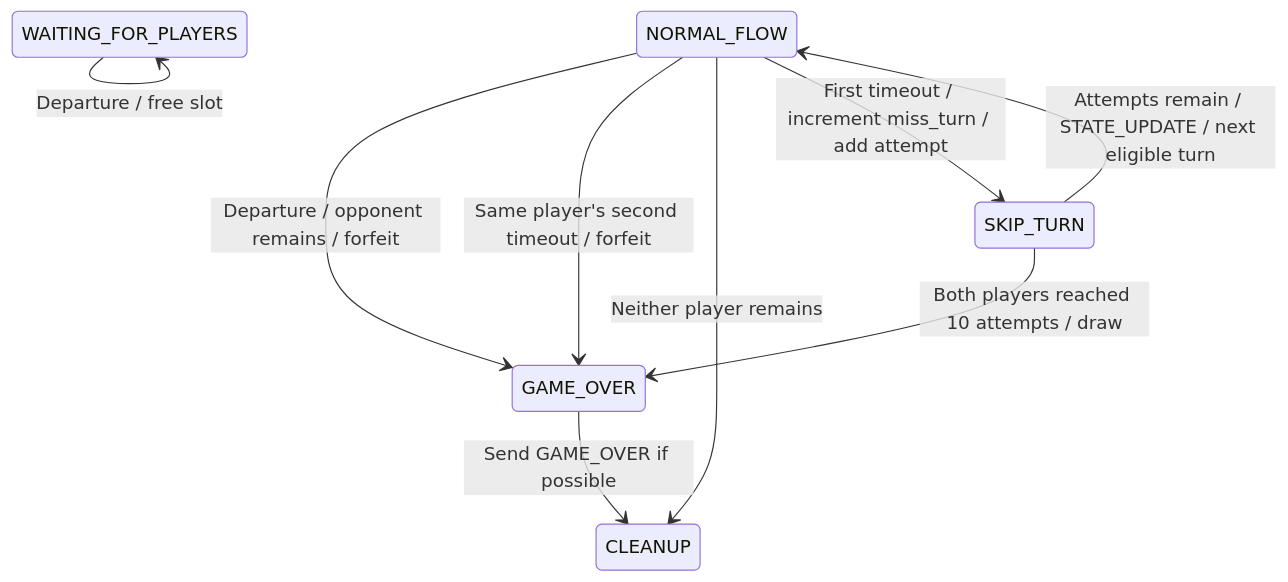
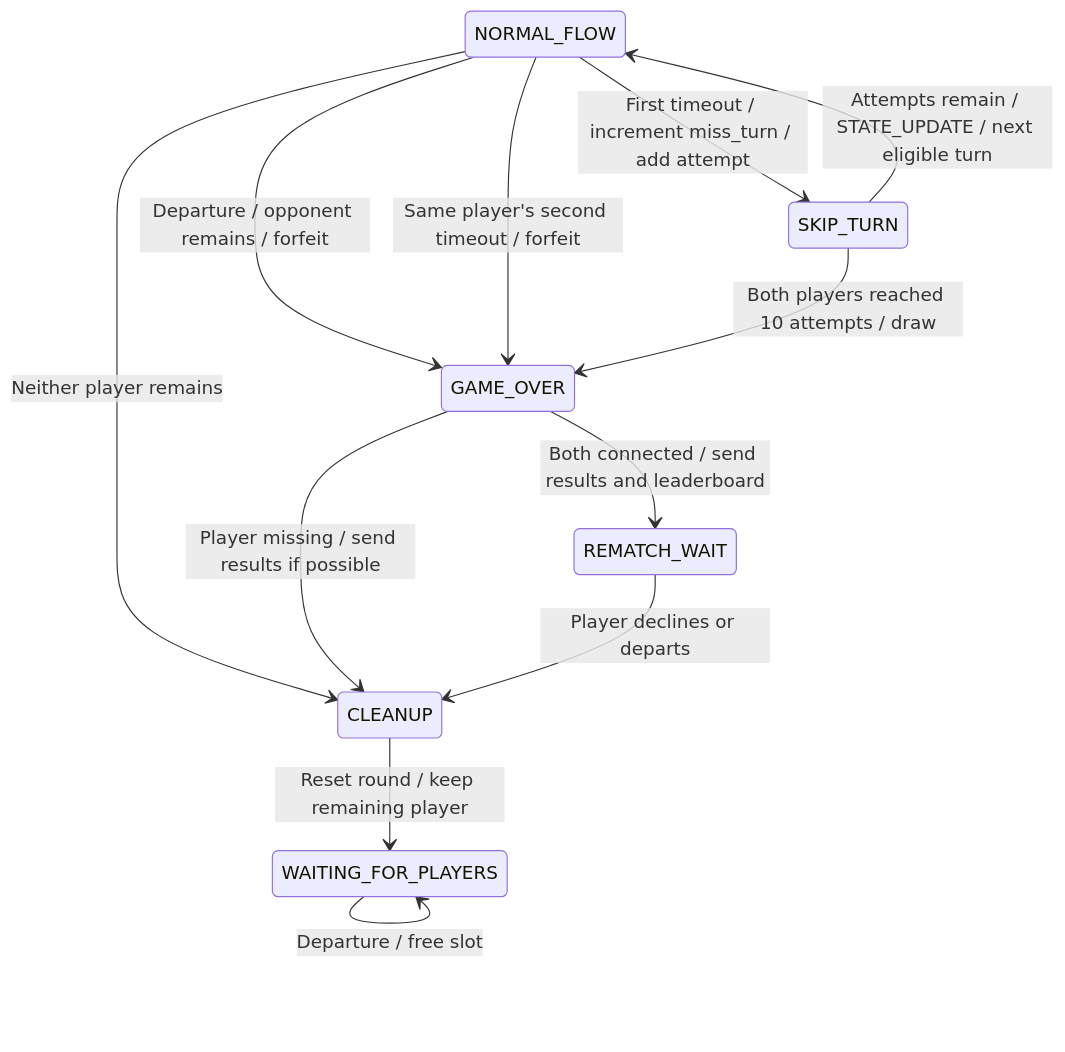
One commit to ABowSEC/CS457-CodeBreaker changed the second of 2 diagrams in docs/fsm_specifications.md. Above: the diagram before and after it, drawn with Mermaid. The commit also changed other lines of this file, not shown here.

Commit message:
updated fsm for leaderboard and rematch plans

````diff
--- a/docs/fsm_specifications.md
+++ b/docs/fsm_specifications.md
@@ -27,16 +29,19 @@
 ```mermaid
-    stateDiagram-v2
-
+stateDiagram-v2
+    direction TB
     WAITING_FOR_PLAYERS --> WAITING_FOR_PLAYERS : Departure / free slot
 
     NORMAL_FLOW --> GAME_OVER : Departure / opponent remains / forfeit
     NORMAL_FLOW --> GAME_OVER : Same player's second timeout / forfeit
     NORMAL_FLOW --> CLEANUP : Neither player remains
     NORMAL_FLOW --> SKIP_TURN : First timeout / increment miss_turn / add attempt
 
     SKIP_TURN --> NORMAL_FLOW : Attempts remain / STATE_UPDATE / next eligible turn
     SKIP_TURN --> GAME_OVER : Both players reached 10 attempts / draw
 
-    GAME_OVER --> CLEANUP : Send GAME_OVER if possible
+    GAME_OVER --> REMATCH_WAIT : Both connected / send results and leaderboard
+    GAME_OVER --> CLEANUP : Player missing / send results if possible
+    REMATCH_WAIT --> CLEANUP : Player declines or departs
+    CLEANUP --> WAITING_FOR_PLAYERS : Reset round / keep remaining player
 
 ```
````
